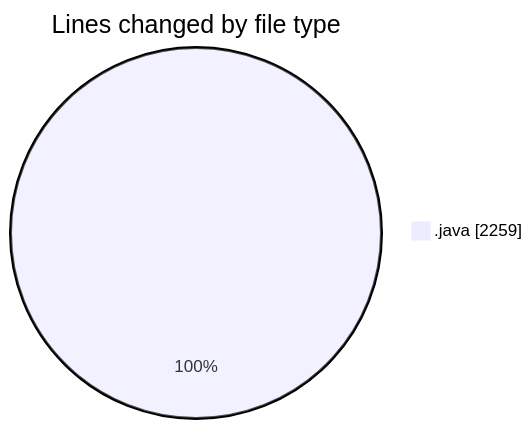
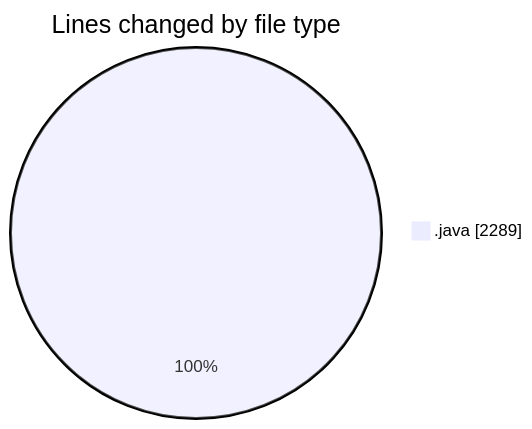
The first of 2 diagrams in 2026-06-29/cilapp/README.md (ricardozamudiocil/code-tracking), drawn with Mermaid before and after one commit. The commit also changed other lines of this file and 1 other file, not shown here.

````diff
--- a/2026-06-29/cilapp/README.md
+++ b/2026-06-29/cilapp/README.md
@@ -22,5 +22,5 @@
 ```mermaid
 pie showData
 title Lines changed by file type
-".java" : 2259
+".java" : 2289
 ```
````
